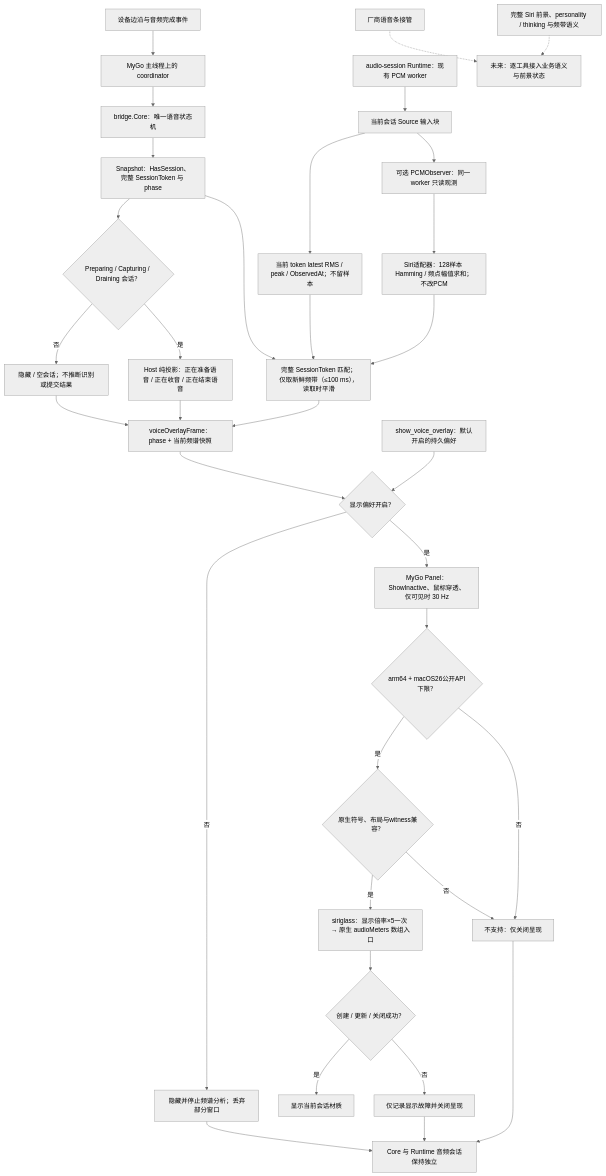
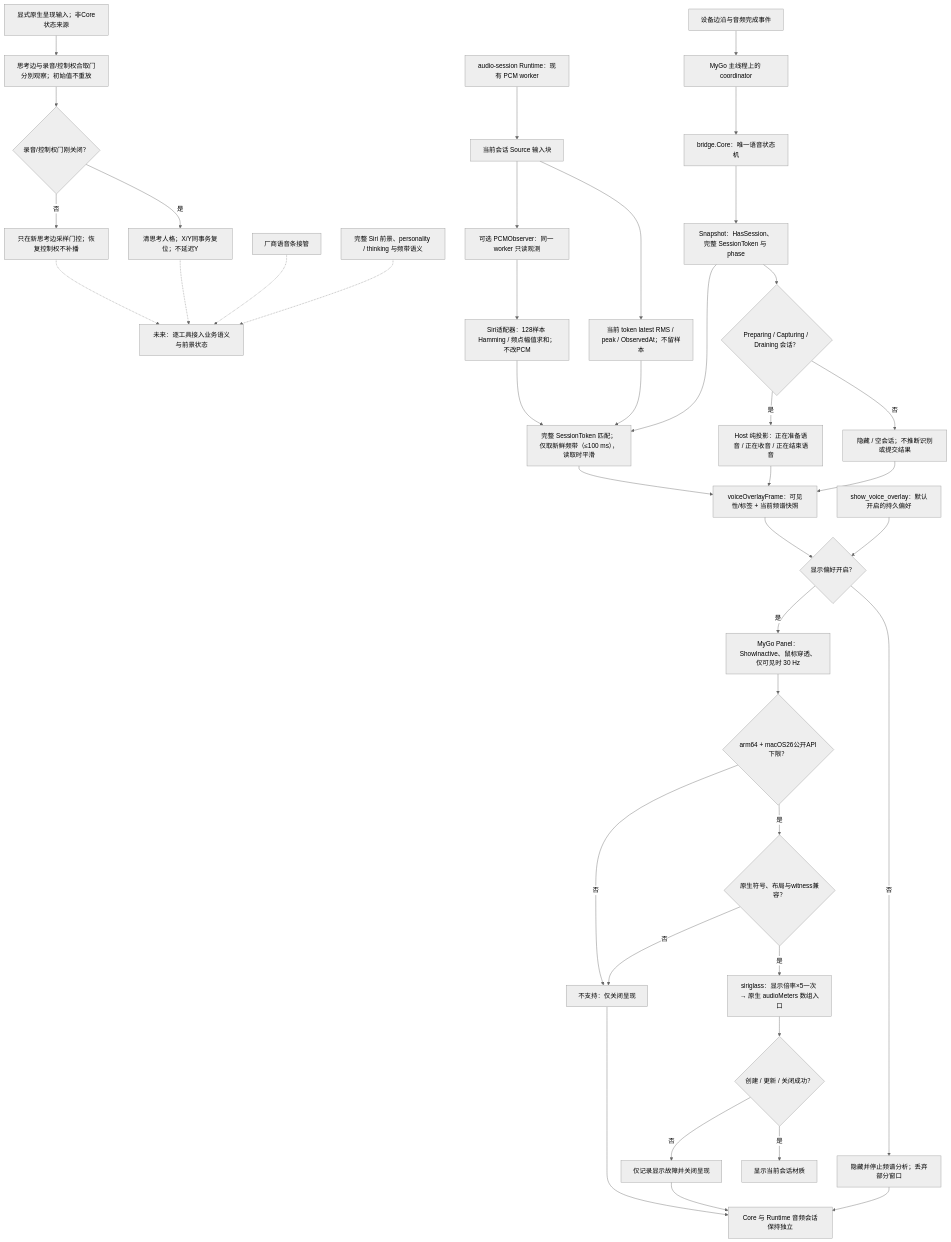
Before and after one commit to daftAI2026/MiMac: the diagram in tools/workbench/diagrams/voice-presentation-boundary.mmd, drawn with Mermaid (neutral theme). The commit also changed 8 other files, not shown here.

First line of the commit message:
fix: reset native presentation when recording ownership ends

```diff
--- a/tools/workbench/diagrams/voice-presentation-boundary.mmd
+++ b/tools/workbench/diagrams/voice-presentation-boundary.mmd
@@ -1,37 +1,44 @@
 flowchart TD
     input["设备边沿与音频完成事件"] --> owner["MyGo 主线程上的 coordinator"]
     owner --> core["bridge.Core：唯一语音状态机"]
     core --> snapshot["Snapshot：HasSession、完整 SessionToken 与 phase"]
     snapshot --> active{"Preparing / Capturing / Draining 会话？"}
     active -->|否| idle["隐藏 / 空会话；不推断识别或提交结果"]
     active -->|是| phase["Host 纯投影：正在准备语音 / 正在收音 / 正在结束语音"]
 
     runtime["audio-session Runtime：现有 PCM worker"] --> source["当前会话 Source 输入块"]
     source --> meter["当前 token latest RMS / peak / ObservedAt；不留样本"]
     source --> observer["可选 PCMObserver：同一 worker 只读观测"]
     observer --> spectrum["Siri适配器：128样本 Hamming / 频点幅值求和；不改PCM"]
     snapshot --> match["完整 SessionToken 匹配；仅取新鲜频带（≤100 ms），读取时平滑"]
     meter --> match
     spectrum --> match
-    phase --> frame["voiceOverlayFrame：phase + 当前频谱快照"]
+    phase --> frame["voiceOverlayFrame：可见性/标签 + 当前频谱快照"]
     match --> frame
     idle --> frame
 
     preference["show_voice_overlay：默认开启的持久偏好"] --> enabled{"显示偏好开启？"}
     frame --> enabled
     enabled -->|否| hidden["隐藏并停止频谱分析；丢弃部分窗口"]
     enabled -->|是| panel["MyGo Panel：ShowInactive、鼠标穿透、仅可见时 30 Hz"]
     panel --> gate{"arm64 + macOS26公开API下限？"}
     gate -->|是| capability{"原生符号、布局与witness兼容？"}
     capability -->|是| renderer["siriglass：显示倍率×5一次 → 原生 audioMeters 数组入口"]
     capability -->|否| unsupported
     gate -->|否| unsupported["不支持：仅关闭呈现"]
     renderer --> operation{"创建 / 更新 / 关闭成功？"}
     operation -->|是| material["显示当前会话材质"]
     operation -->|否| failure["仅记录显示故障并关闭呈现"]
     hidden --> audio["Core 与 Runtime 音频会话保持独立"]
     unsupported --> audio
     failure --> audio
 
     vendor["厂商语音条接管"] -.-> future["未来：逐工具接入业务语义与前景状态"]
     siri["完整 Siri 前景、personality / thinking 与频带语义"] -.-> future
+
+    explicit["显式原生呈现输入；非Core状态来源"] --> nativeEdges["思考边与录音/控制权合取门分别观察；初始值不重放"]
+    nativeEdges --> exitGate{"录音/控制权门刚关闭？"}
+    exitGate -->|是| reset["清思考人格；X/Y同事务复位；不延迟Y"]
+    exitGate -->|否| thinkEdge["只在新思考边采样门控；恢复控制权不补播"]
+    reset -.-> future
+    thinkEdge -.-> future
```
